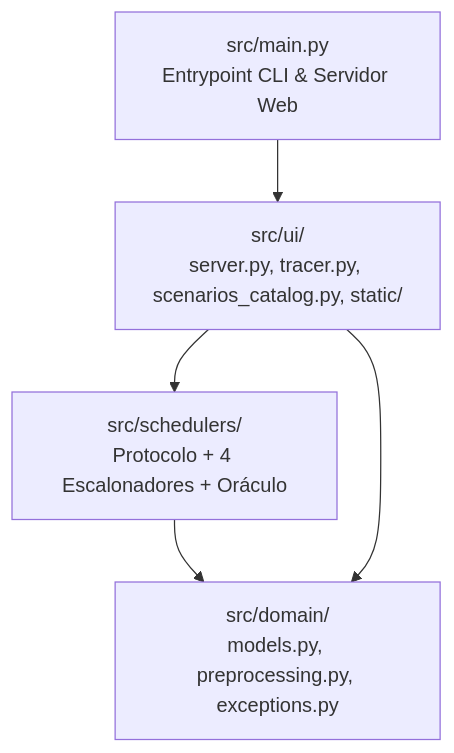
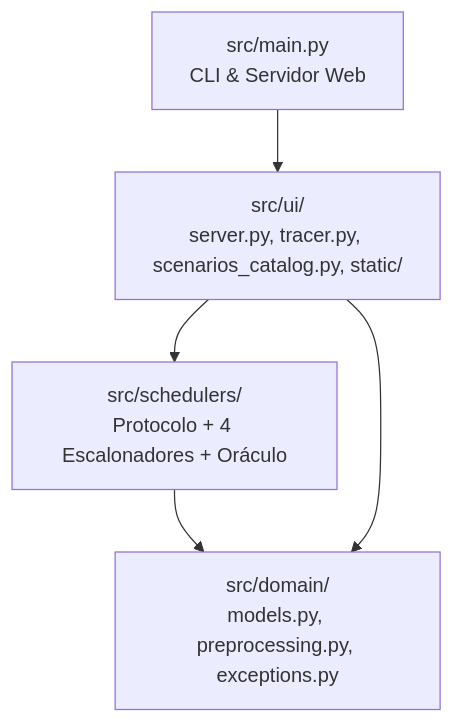
The diagram in docs/guia-revisao-arquitetura-e-apresentacao.md (allysson-assuncao/escalonamento-intervalos-paa), drawn with Mermaid before and after one commit. The commit also changed other lines of this file and 3 other files, not shown here.

````diff
--- a/docs/guia-revisao-arquitetura-e-apresentacao.md
+++ b/docs/guia-revisao-arquitetura-e-apresentacao.md
@@ -21,7 +23,7 @@
 ```mermaid
 flowchart TD
-    Main["src/main.py<br/>Entrypoint CLI & Servidor Web"] --> UI["src/ui/<br/>server.py, tracer.py, scenarios_catalog.py, static/"]
+    Main["src/main.py<br/>CLI & Servidor Web"] --> UI["src/ui/<br/>server.py, tracer.py, scenarios_catalog.py, static/"]
     UI --> Sched["src/schedulers/<br/>Protocolo + 4 Escalonadores + Oráculo"]
     Sched --> Dom["src/domain/<br/>models.py, preprocessing.py, exceptions.py"]
     UI --> Dom
 ```
````
